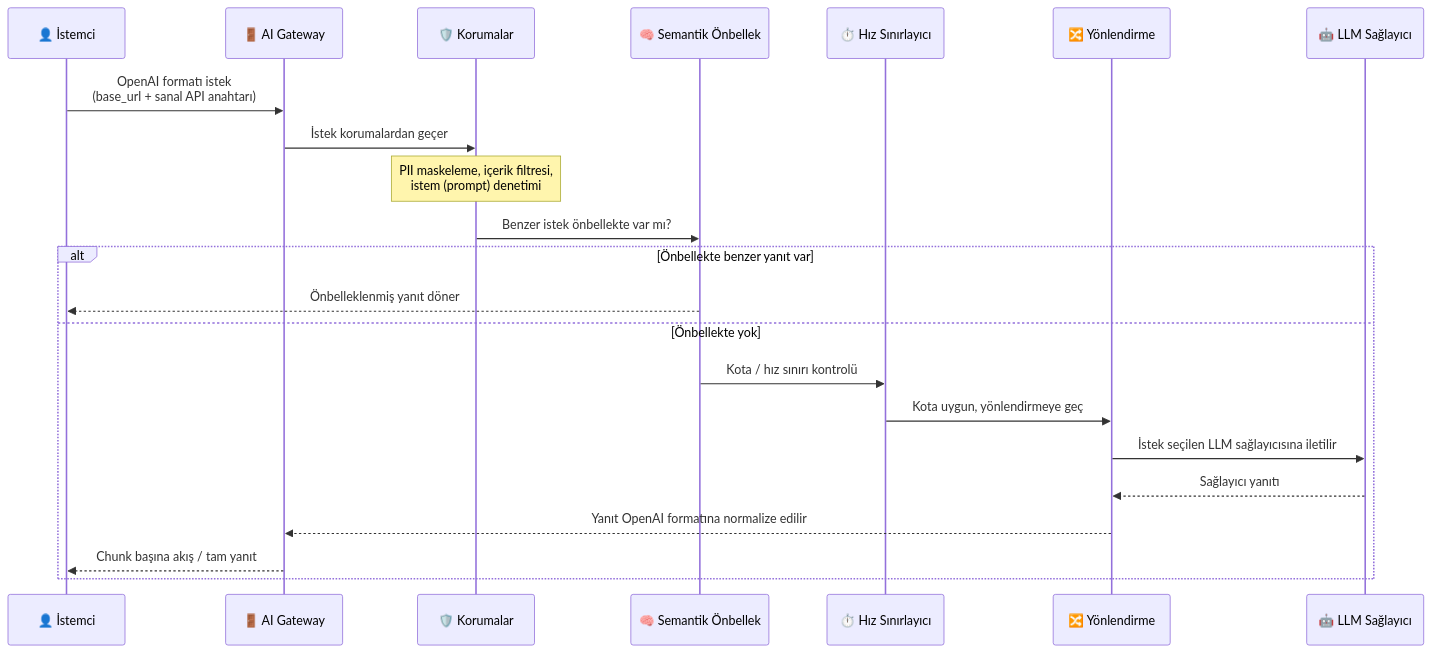
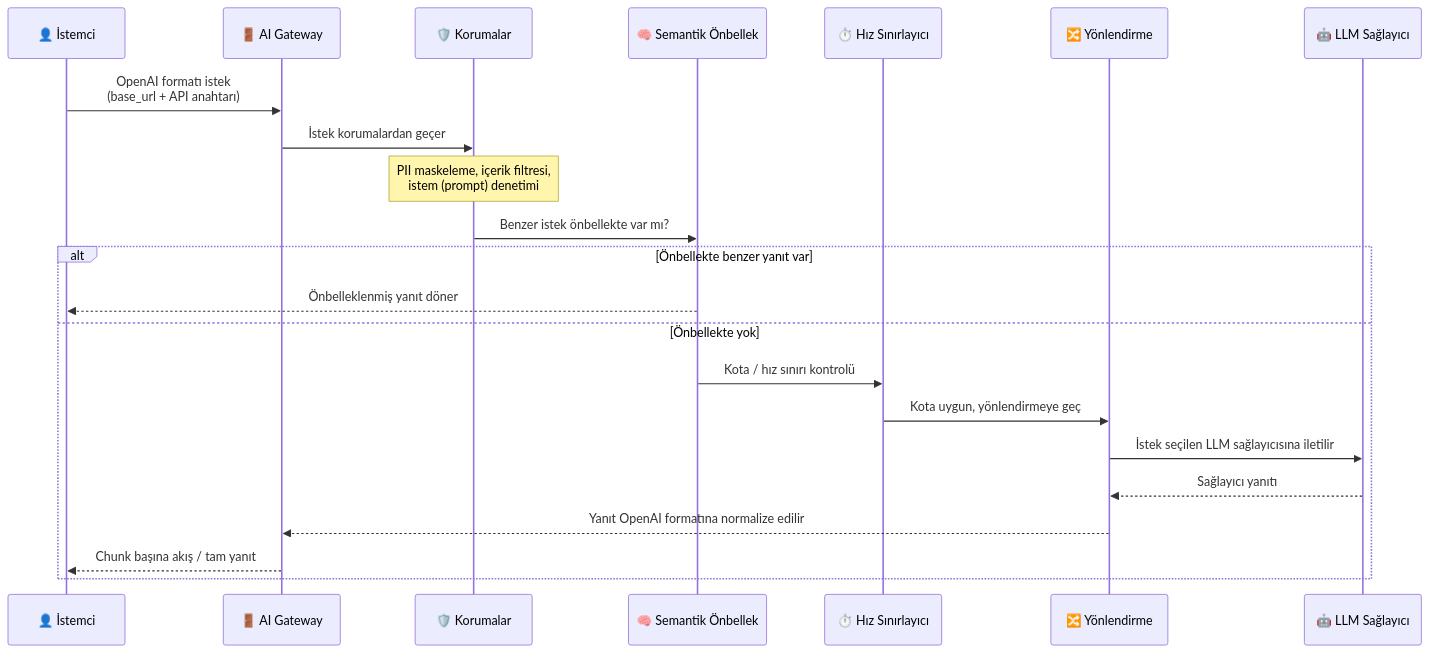
Before and after one commit to apinizer/docs: the diagram in tr/ai-gateway/genel-bakis.mdx, drawn with Mermaid. The commit also changed other lines of this file and 35 other files, not shown here.

````diff
--- a/tr/ai-gateway/genel-bakis.mdx
+++ b/tr/ai-gateway/genel-bakis.mdx
@@ -46,27 +46,27 @@
 ```mermaid
 sequenceDiagram
     participant Client as 👤 İstemci
     participant Gateway as 🚪 AI Gateway
     participant Guard as 🛡️ Korumalar
     participant Cache as 🧠 Semantik Önbellek
     participant Limiter as ⏱️ Hız Sınırlayıcı
     participant Router as 🔀 Yönlendirme
     participant Provider as 🤖 LLM Sağlayıcı
 
-    Client->>Gateway: OpenAI formatı istek<br/>(base_url + sanal API anahtarı)
+    Client->>Gateway: OpenAI formatı istek<br/>(base_url + API anahtarı)
     Gateway->>Guard: İstek korumalardan geçer
     Note over Guard: PII maskeleme, içerik filtresi,<br/>istem (prompt) denetimi
 
     Guard->>Cache: Benzer istek önbellekte var mı?
 
     alt Önbellekte benzer yanıt var
         Cache-->>Client: Önbelleklenmiş yanıt döner
     else Önbellekte yok
         Cache->>Limiter: Kota / hız sınırı kontrolü
         Limiter->>Router: Kota uygun, yönlendirmeye geç
         Router->>Provider: İstek seçilen LLM sağlayıcısına iletilir
         Provider-->>Router: Sağlayıcı yanıtı
         Router-->>Gateway: Yanıt OpenAI formatına normalize edilir
         Gateway-->>Client: Chunk başına akış / tam yanıt
     end
 ```
````
